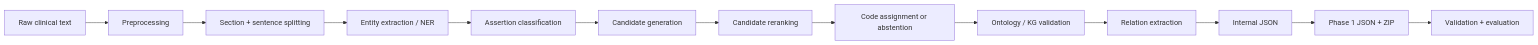
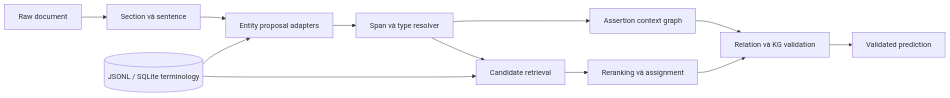
Before and after one commit to damminhtien/clingrounder: the diagram in README_VI.md, drawn with Mermaid. The commit also changed other lines of this file and 4 other files, not shown here.

````diff
--- a/README_VI.md
+++ b/README_VI.md
@@ -73,15 +36,14 @@
 ```mermaid
 flowchart LR
-    A[Raw clinical text] --> B[Preprocessing]
-    B --> C[Section + sentence splitting]
-    C --> D[Entity extraction / NER]
-    D --> E[Assertion classification]
-    E --> F[Candidate generation]
-    F --> G[Candidate reranking]
-    G --> H[Code assignment or abstention]
-    H --> I[Ontology / KG validation]
-    I --> J[Relation extraction]
-    J --> K[Internal JSON]
-    K --> L[Phase 1 JSON + ZIP]
-    L --> M[Validation + evaluation]
+    A[Raw document] --> B[Section và sentence]
+    B --> C[Entity proposal adapters]
+    C --> D[Span và type resolver]
+    D --> E[Assertion context graph]
+    D --> F[Candidate retrieval]
+    T[(JSONL / SQLite terminology)] --> C
+    T --> F
+    F --> G[Reranking và assignment]
+    E --> H[Relation và KG validation]
+    G --> H
+    H --> I[Validated prediction]
 ```
````
